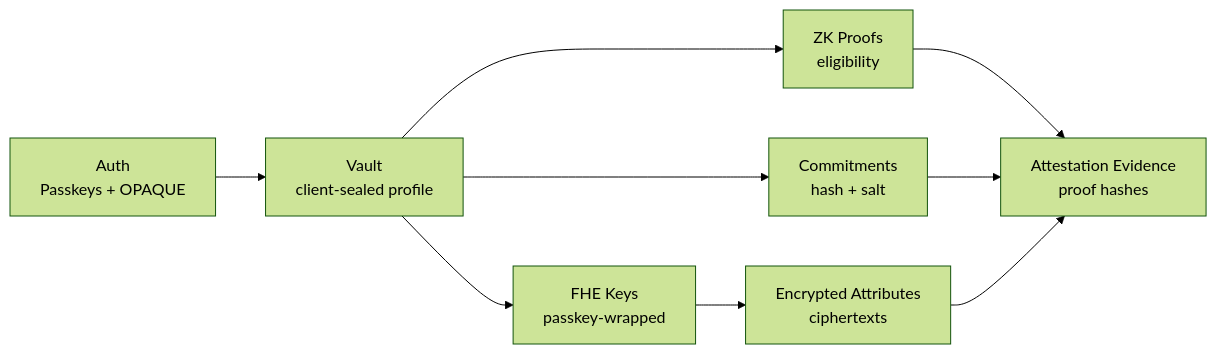
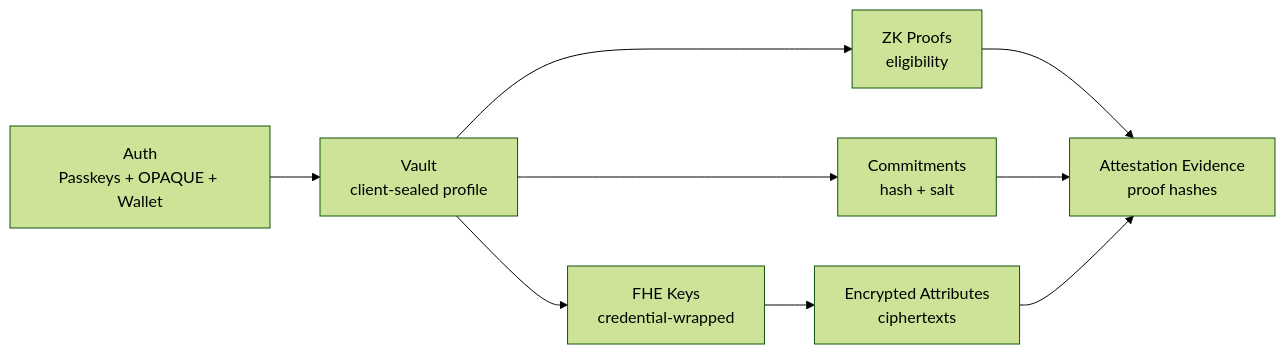
One commit to gustavovalverde/zentity changed the diagram in docs/cryptographic-pillars.md. Above: the diagram before and after it, drawn with Mermaid (forest theme). The commit also changed other lines of this file and 20 other files, not shown here.

First line of the commit message:
feat(auth): add wallet-based authentication with EIP-712 signature KEK derivation

````diff
--- a/docs/cryptographic-pillars.md
+++ b/docs/cryptographic-pillars.md
@@ -34,11 +34,11 @@
 ```mermaid
 flowchart LR
-  P["Auth<br/>Passkeys + OPAQUE"] --> V["Vault<br/>client-sealed profile"]
+  P["Auth<br/>Passkeys + OPAQUE + Wallet"] --> V["Vault<br/>client-sealed profile"]
   V --> C["Commitments<br/>hash + salt"]
   V --> Z["ZK Proofs<br/>eligibility"]
-  V --> F["FHE Keys<br/>passkey-wrapped"]
+  V --> F["FHE Keys<br/>credential-wrapped"]
   F --> E["Encrypted Attributes<br/>ciphertexts"]
   Z --> A["Attestation Evidence<br/>proof hashes"]
   C --> A
   E --> A
 ```
````
